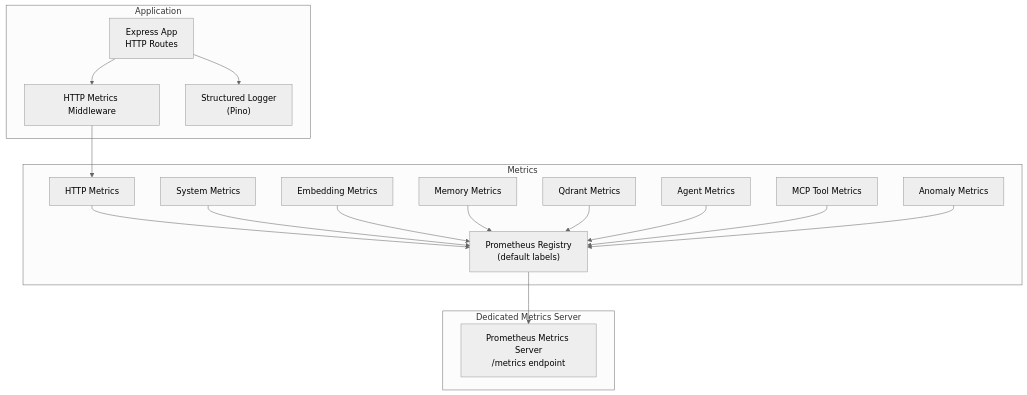
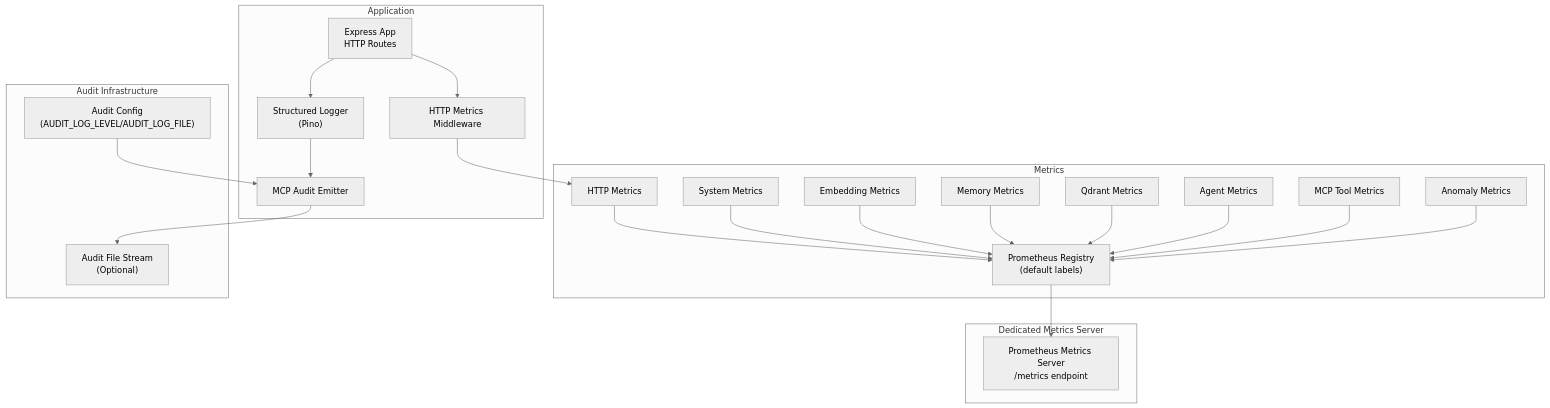
Before and after one commit to debian777/kairos-mcp: the first of 7 diagrams in .qoder/repowiki/en/content/Monitoring & Observability.md, drawn with Mermaid (neutral theme). The commit also changed other lines of this file and 5 other files, not shown here.

````diff
--- a/.qoder/repowiki/en/content/Monitoring & Observability.md
+++ b/.qoder/repowiki/en/content/Monitoring & Observability.md
@@ -46,34 +60,42 @@
 ```mermaid
 graph TB
 subgraph "Application"
 A["Express App<br/>HTTP Routes"]
 M["HTTP Metrics Middleware"]
 S["Structured Logger<br/>(Pino)"]
+AE["MCP Audit Emitter"]
 end
 subgraph "Metrics"
 R["Prometheus Registry<br/>(default labels)"]
 MS["System Metrics"]
 MH["HTTP Metrics"]
 ME["Embedding Metrics"]
 MM["Memory Metrics"]
 MQ["Qdrant Metrics"]
 MA["Agent Metrics"]
 MI["MCP Tool Metrics"]
 AN["Anomaly Metrics"]
 end
 subgraph "Dedicated Metrics Server"
 P["Prometheus Metrics Server<br/>/metrics endpoint"]
 end
+subgraph "Audit Infrastructure"
+AF["Audit File Stream<br/>(Optional)"]
+AC["Audit Config<br/>(AUDIT_LOG_LEVEL/AUDIT_LOG_FILE)"]
+end
 A --> M
 M --> MH
 A --> S
+S --> AE
+AE --> AF
+AC --> AE
 MH --> R
 MS --> R
 ME --> R
 MM --> R
 MQ --> R
 MA --> R
 MI --> R
 AN --> R
 R --> P
 ```
````
